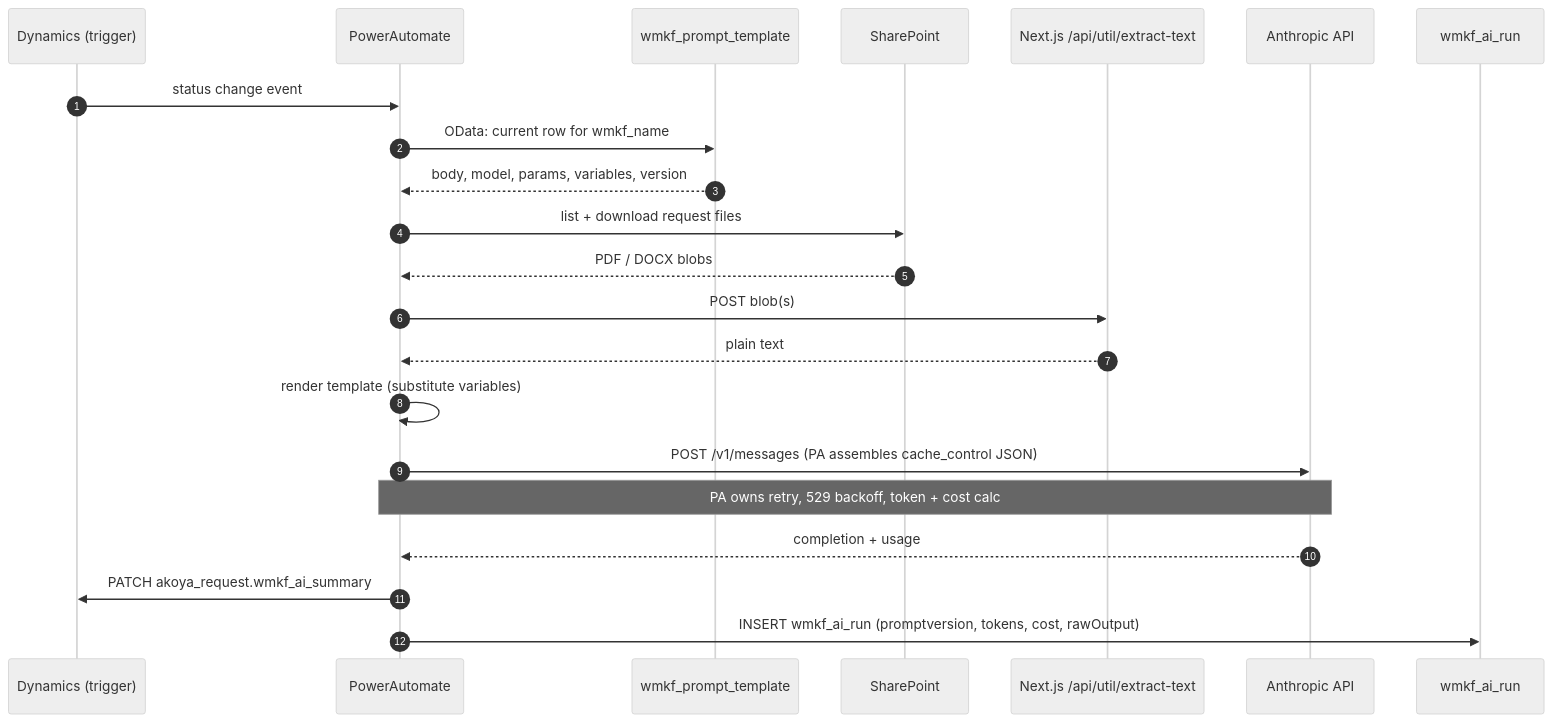
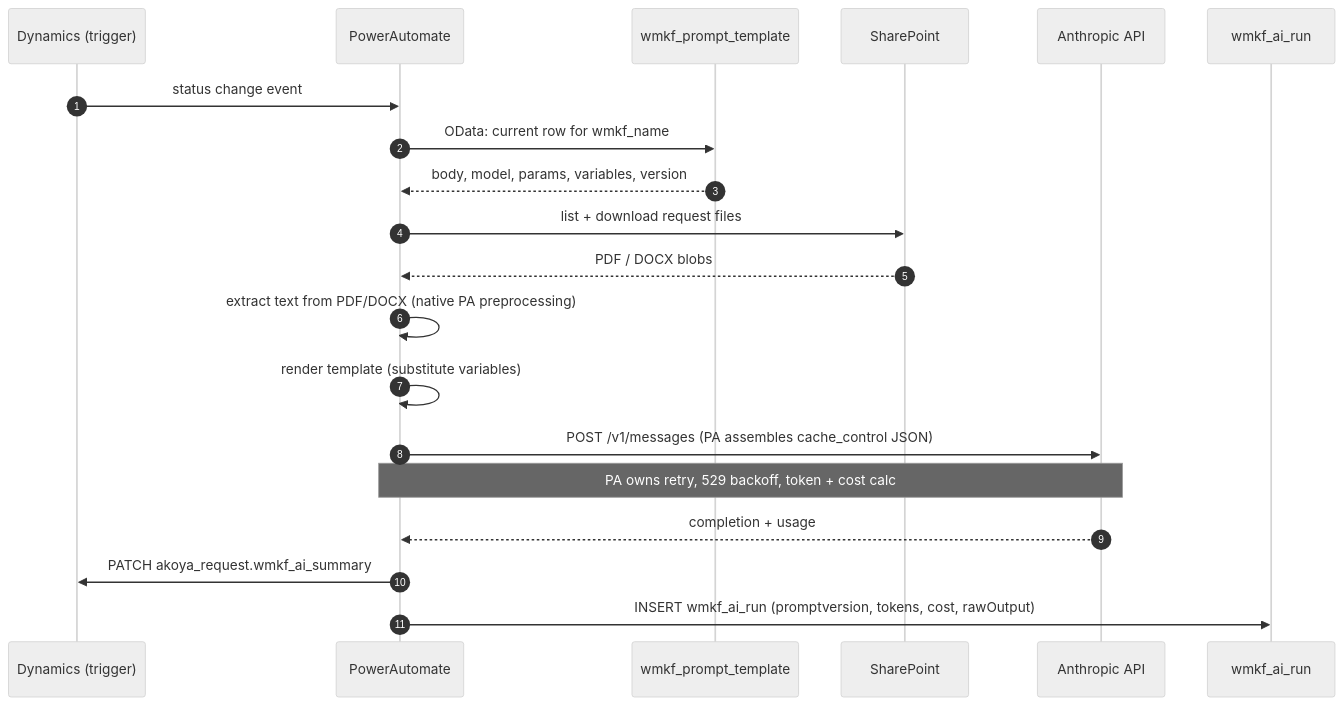
Before and after one commit to justingallivan/Phase-II-Summaries: the second of 3 diagrams in docs/PROMPT_STORAGE_DESIGN.md, drawn with Mermaid (neutral theme). The commit also changed other lines of this file and 5 other files, not shown here.

````diff
--- a/docs/PROMPT_STORAGE_DESIGN.md
+++ b/docs/PROMPT_STORAGE_DESIGN.md
@@ -406,25 +407,23 @@
 ```mermaid
 sequenceDiagram
     autonumber
     participant Dyn as Dynamics (trigger)
     participant PA as PowerAutomate
     participant PT as wmkf_prompt_template
     participant SP as SharePoint
-    participant NJ as Next.js /api/util/extract-text
     participant AN as Anthropic API
     participant Run as wmkf_ai_run
 
     Dyn->>PA: status change event
     PA->>PT: OData: current row for wmkf_name
     PT-->>PA: body, model, params, variables, version
     PA->>SP: list + download request files
     SP-->>PA: PDF / DOCX blobs
-    PA->>NJ: POST blob(s)
-    NJ-->>PA: plain text
+    PA->>PA: extract text from PDF/DOCX (native PA preprocessing)
     PA->>PA: render template (substitute variables)
     PA->>AN: POST /v1/messages (PA assembles cache_control JSON)
     Note over PA,AN: PA owns retry, 529 backoff, token + cost calc
     AN-->>PA: completion + usage
     PA->>Dyn: PATCH akoya_request.wmkf_ai_summary
     PA->>Run: INSERT wmkf_ai_run (promptversion, tokens, cost, rawOutput)
 ```
````
